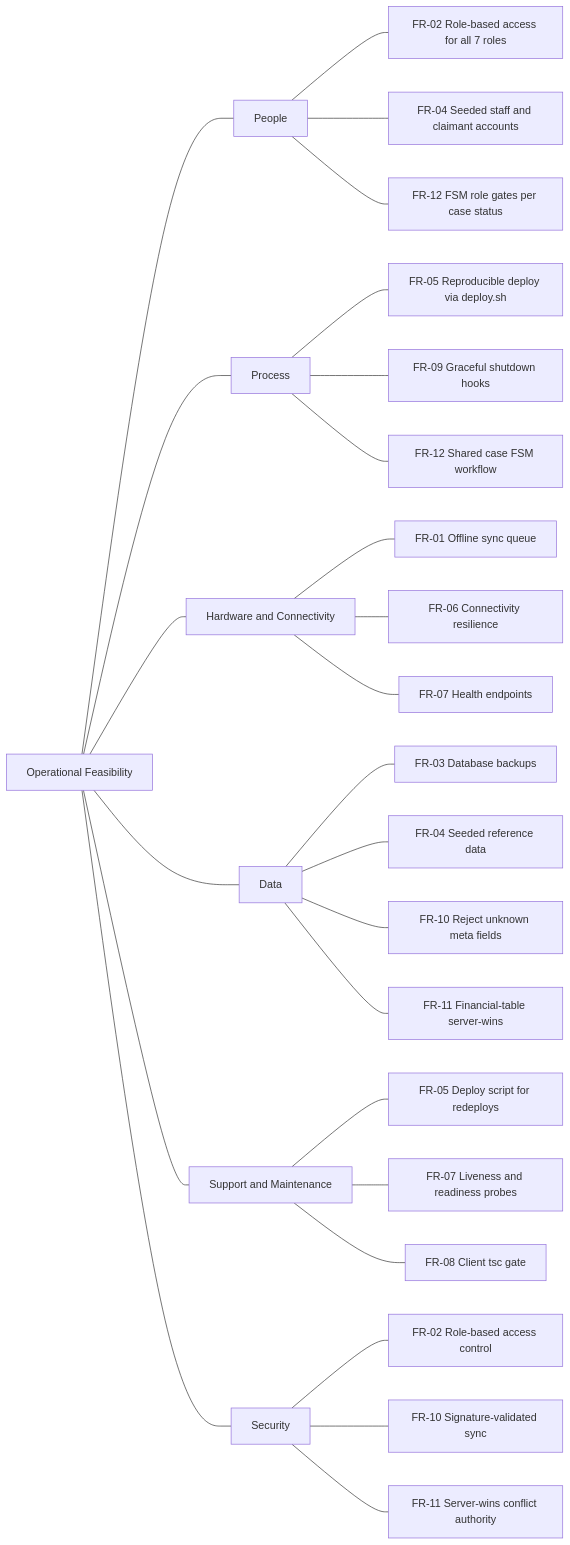
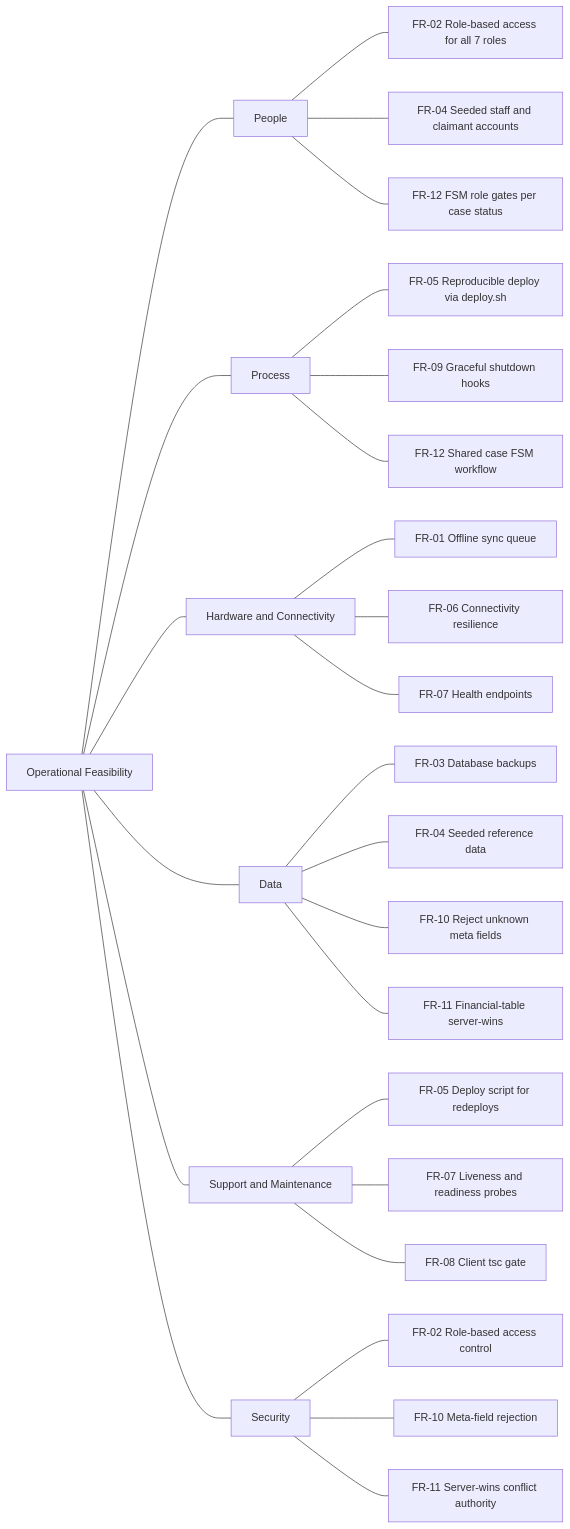
The diagram in docs/diagrams/01-operational-feasibility-ishikawa.md (urlsalimbot/THESIS1-KAPWA), drawn with Mermaid before and after one commit. The commit also changed other lines of this file, not shown here.

````diff
--- a/docs/diagrams/01-operational-feasibility-ishikawa.md
+++ b/docs/diagrams/01-operational-feasibility-ishikawa.md
@@ -28,67 +28,67 @@
 ```mermaid
 flowchart LR
     C["Operational Feasibility"]
     P["People"]
     PR["Process"]
     HW["Hardware and Connectivity"]
     DT["Data"]
     SU["Support and Maintenance"]
     SE["Security"]
 
     P1["FR-02 Role-based access for all 7 roles"]
     P2["FR-04 Seeded staff and claimant accounts"]
     P3["FR-12 FSM role gates per case status"]
 
     R1["FR-05 Reproducible deploy via deploy.sh"]
     R2["FR-09 Graceful shutdown hooks"]
     R3["FR-12 Shared case FSM workflow"]
 
     H1["FR-01 Offline sync queue"]
     H2["FR-06 Connectivity resilience"]
     H3["FR-07 Health endpoints"]
 
     D1["FR-03 Database backups"]
     D2["FR-04 Seeded reference data"]
     D3["FR-10 Reject unknown meta fields"]
     D4["FR-11 Financial-table server-wins"]
 
     S1["FR-05 Deploy script for redeploys"]
     S2["FR-07 Liveness and readiness probes"]
     S3["FR-08 Client tsc gate"]
 
     E1["FR-02 Role-based access control"]
-    E2["FR-10 Signature-validated sync"]
+    E2["FR-10 Meta-field rejection"]
     E3["FR-11 Server-wins conflict authority"]
 
     C --- P
     C --- PR
     C --- HW
     C --- DT
     C --- SU
     C --- SE
 
     P --- P1
     P --- P2
     P --- P3
 
     PR --- R1
     PR --- R2
     PR --- R3
 
     HW --- H1
     HW --- H2
     HW --- H3
 
     DT --- D1
     DT --- D2
     DT --- D3
     DT --- D4
 
     SU --- S1
     SU --- S2
     SU --- S3
 
     SE --- E1
     SE --- E2
     SE --- E3
 ```
````
